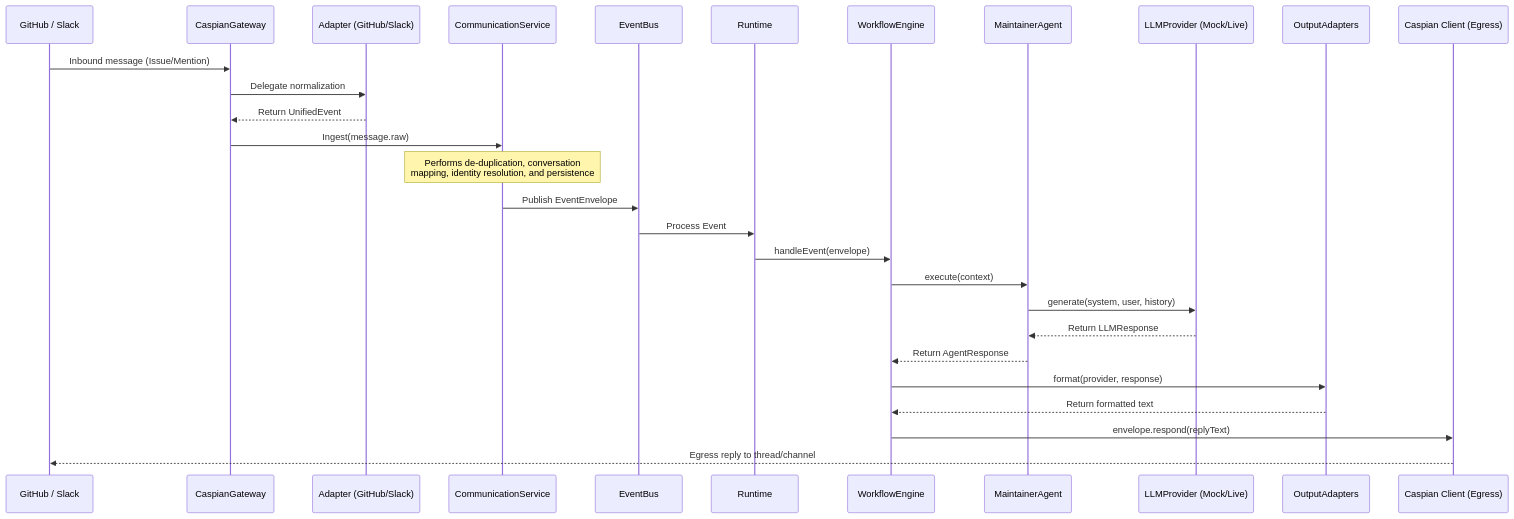
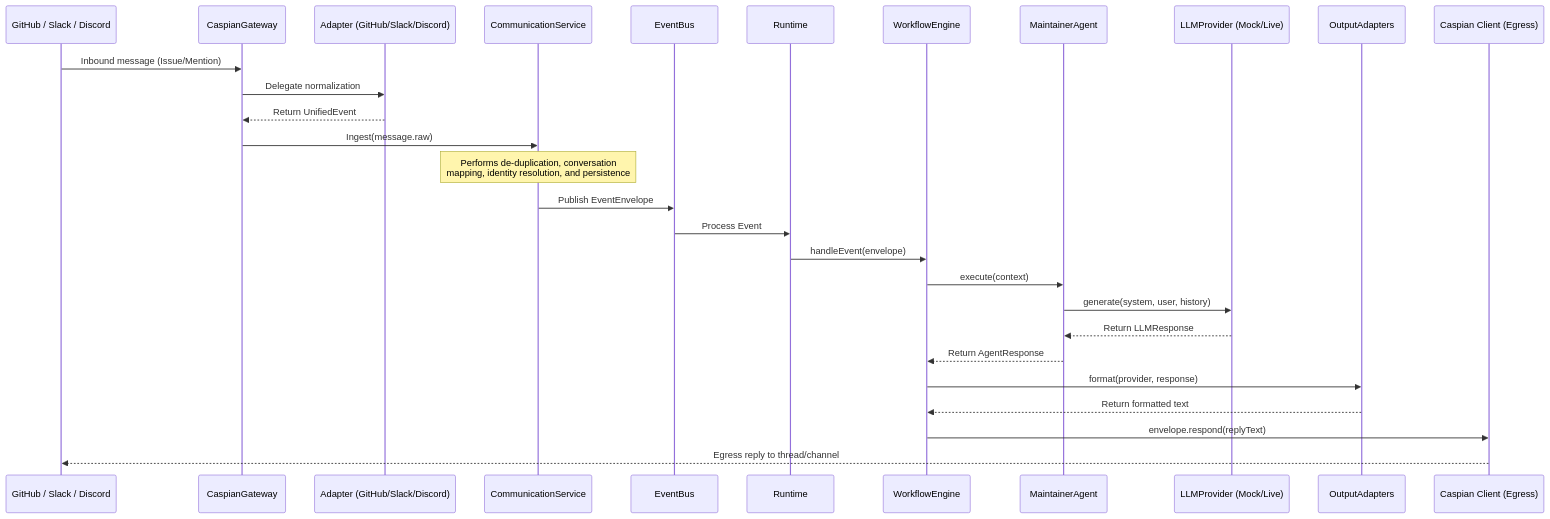
The second of 2 diagrams in README.md (darkraider01/OSS-Maintainer-AI), drawn with Mermaid before and after one commit. The commit also changed other lines of this file and 5 other files, not shown here.

Commit message:
feat: switch to gemini-flash, link slack & discord accounts, implement cross-channel memory and improve README story

````diff
--- a/README.md
+++ b/README.md
@@ -166,31 +220,31 @@
 ```mermaid
 sequenceDiagram
-    participant Client as GitHub / Slack
+    participant Client as GitHub / Slack / Discord
     participant GW as CaspianGateway
-    participant AD as Adapter (GitHub/Slack)
+    participant AD as Adapter (GitHub/Slack/Discord)
     participant CS as CommunicationService
     participant EB as EventBus
     participant RE as Runtime
     participant WE as WorkflowEngine
     participant AG as MaintainerAgent
     participant LLM as LLMProvider (Mock/Live)
     participant OA as OutputAdapters
     participant C as Caspian Client (Egress)
 
     Client->>GW: Inbound message (Issue/Mention)
     GW->>AD: Delegate normalization
     AD-->>GW: Return UnifiedEvent
     GW->>CS: Ingest(message.raw)
     Note over CS: Performs de-duplication, conversation<br/>mapping, identity resolution, and persistence
     CS->>EB: Publish EventEnvelope
     EB->>RE: Process Event
     RE->>WE: handleEvent(envelope)
     WE->>AG: execute(context)
     AG->>LLM: generate(system, user, history)
     LLM-->>AG: Return LLMResponse
     AG-->>WE: Return AgentResponse
     WE->>OA: format(provider, response)
     OA-->>WE: Return formatted text
     WE->>C: envelope.respond(replyText)
     C-->>Client: Egress reply to thread/channel
 ```
````
